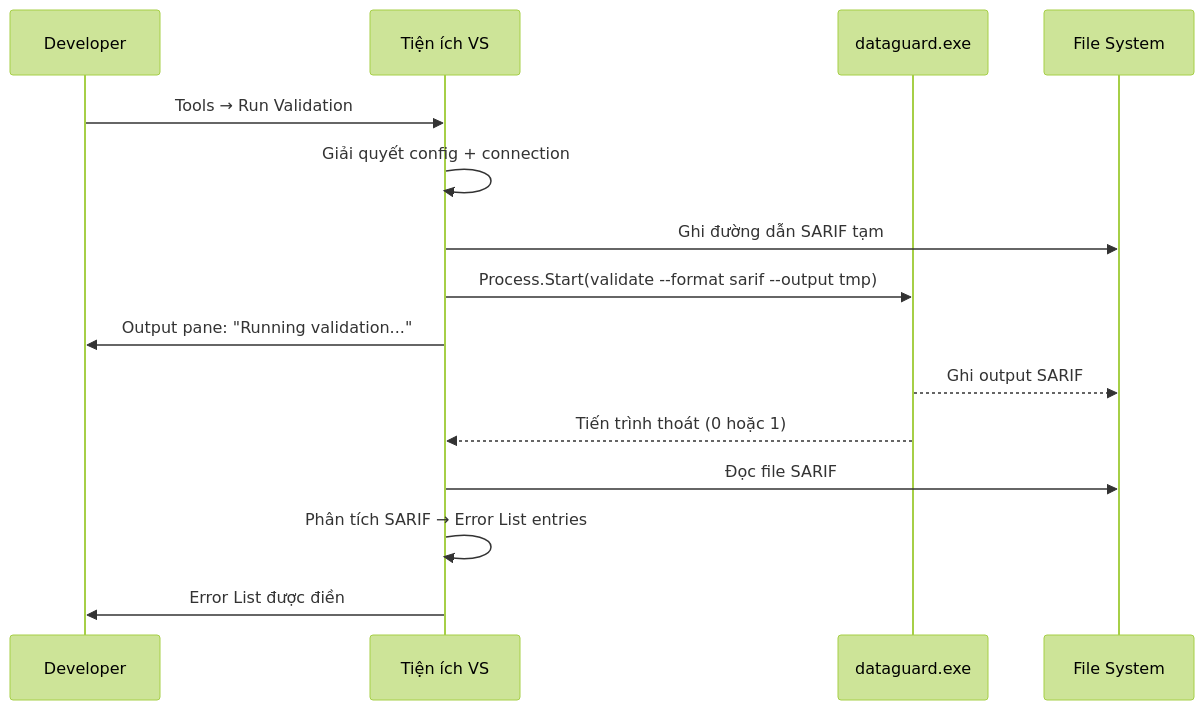
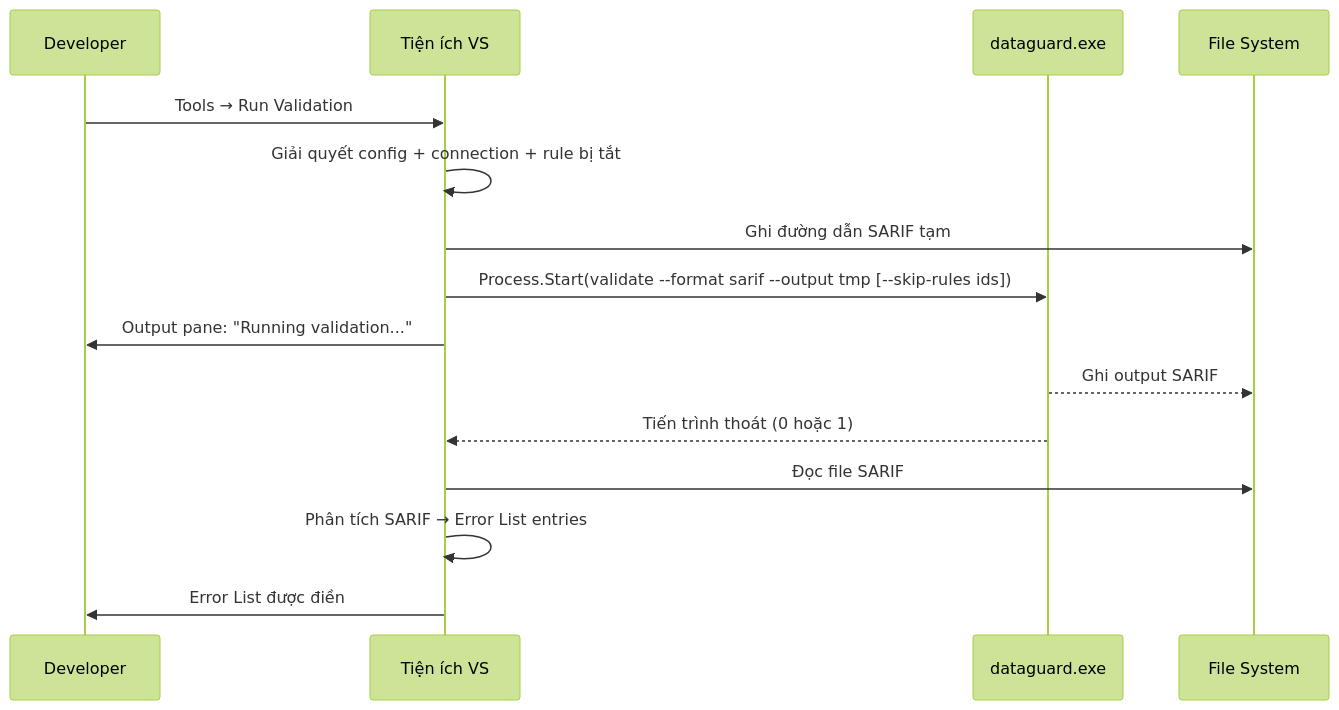
One commit to thanhnt-sm/eco_support_net_oracle changed the second of 2 diagrams in docs/03-components/tooling/visual-studio-extension.vi.md. Above: the diagram before and after it, drawn with Mermaid (forest theme). The commit also changed other lines of this file and 8 other files, not shown here.

Commit message:
feat(visualstudio): pass disabled rules to CLI via --skip-rules

````diff
--- a/docs/03-components/tooling/visual-studio-extension.vi.md
+++ b/docs/03-components/tooling/visual-studio-extension.vi.md
@@ -117,18 +117,18 @@
 ```mermaid
 sequenceDiagram
     participant User as Developer
     participant VS as Tiện ích VS
     participant CLI as dataguard.exe
     participant FS as File System
 
     User->>VS: Tools → Run Validation
-    VS->>VS: Giải quyết config + connection
+    VS->>VS: Giải quyết config + connection + rule bị tắt
     VS->>FS: Ghi đường dẫn SARIF tạm
-    VS->>CLI: Process.Start(validate --format sarif --output tmp)
+    VS->>CLI: Process.Start(validate --format sarif --output tmp [--skip-rules ids])
     VS->>User: Output pane: "Running validation..."
     CLI-->>FS: Ghi output SARIF
     CLI-->>VS: Tiến trình thoát (0 hoặc 1)
     VS->>FS: Đọc file SARIF
     VS->>VS: Phân tích SARIF → Error List entries
     VS->>User: Error List được điền
 ```
````
